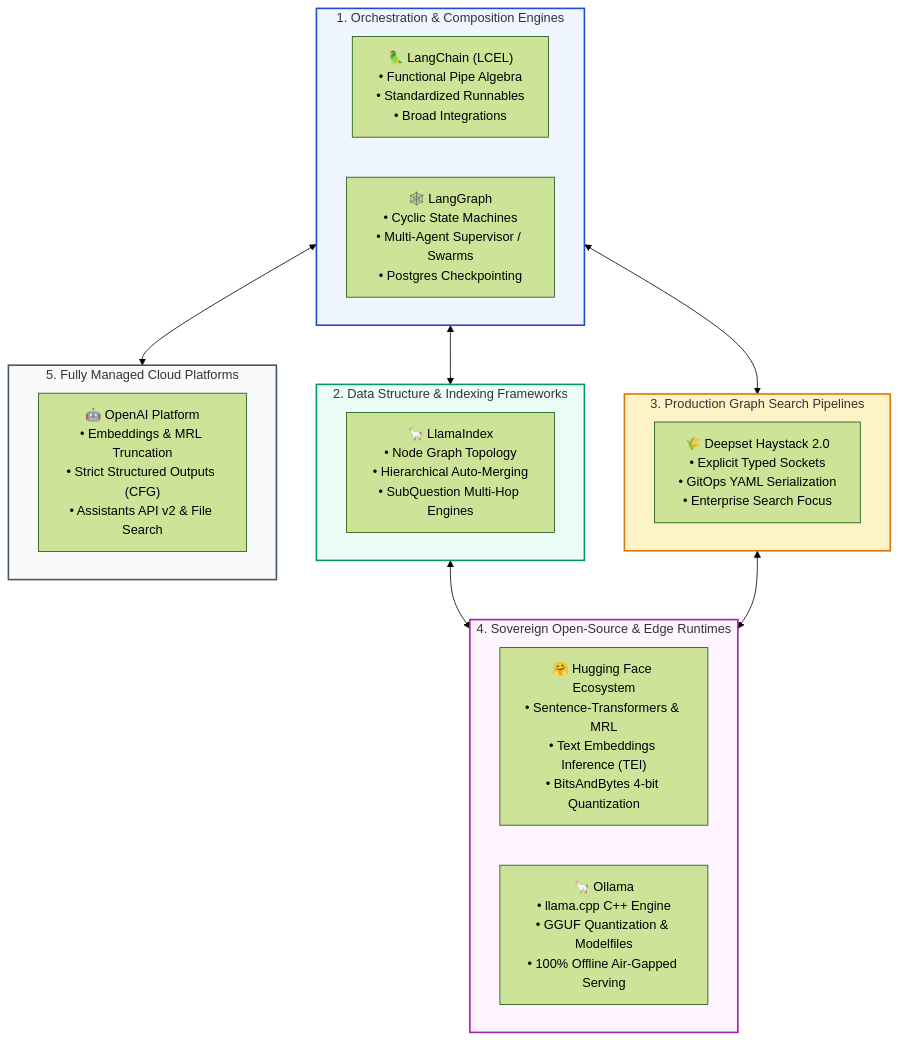
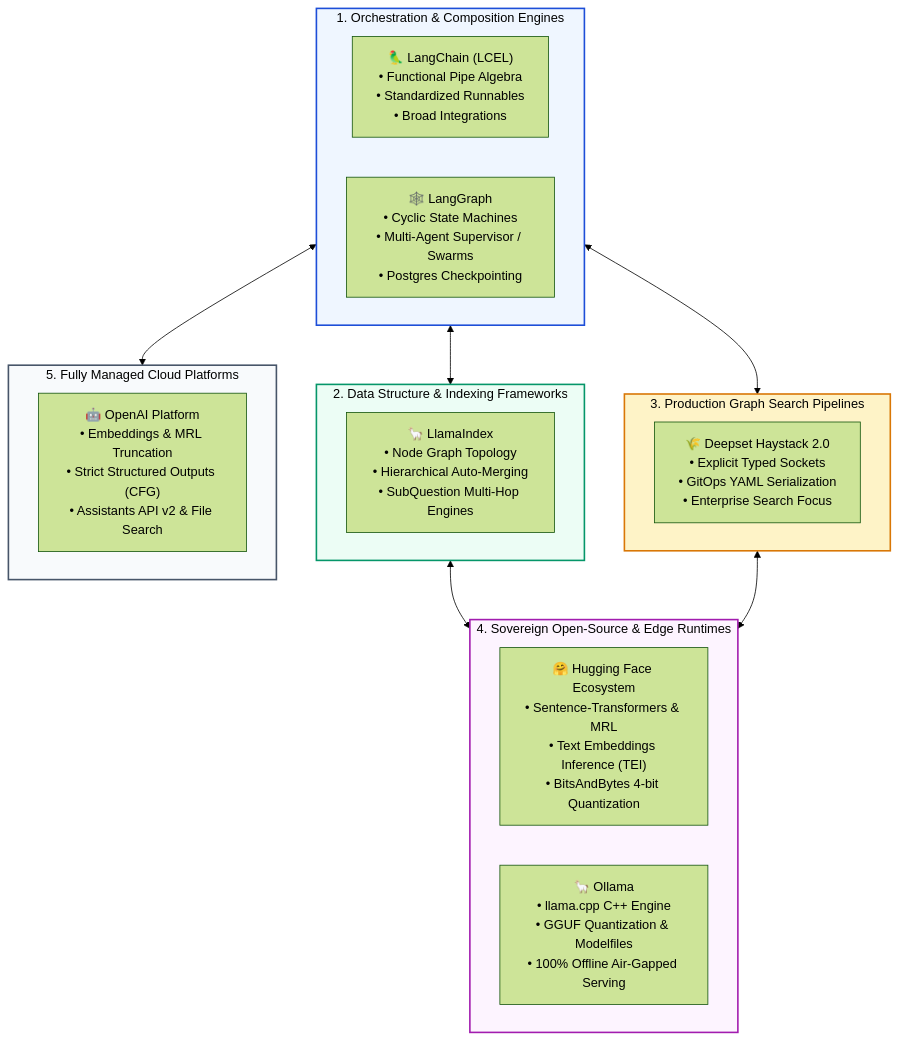
The first of 3 diagrams in 11-Frameworks-and-Tools/README.md (swapnil3104/RAG-Engineering), drawn with Mermaid (forest theme) before and after one commit. The commit also changed other lines of this file and 108 other files, not shown here.

Commit message:
fix: make chart text visible across all Mermaid diagrams and resolve markdown table formatting issues

````diff
--- a/11-Frameworks-and-Tools/README.md
+++ b/11-Frameworks-and-Tools/README.md
@@ -20,36 +20,36 @@
 ```mermaid
 flowchart TD
     subgraph AppOrchestration ["1. Orchestration & Composition Engines"]
         LC["🦜 LangChain (LCEL)<br/>• Functional Pipe Algebra<br/>• Standardized Runnables<br/>• Broad Integrations"]
         LG["🕸️ LangGraph<br/>• Cyclic State Machines<br/>• Multi-Agent Supervisor / Swarms<br/>• Postgres Checkpointing"]
     end
 
     subgraph DataCentric ["2. Data Structure & Indexing Frameworks"]
         LI["🦙 LlamaIndex<br/>• Node Graph Topology<br/>• Hierarchical Auto-Merging<br/>• SubQuestion Multi-Hop Engines"]
     end
 
     subgraph DAG_Pipelines ["3. Production Graph Search Pipelines"]
         HS["🌾 Deepset Haystack 2.0<br/>• Explicit Typed Sockets<br/>• GitOps YAML Serialization<br/>• Enterprise Search Focus"]
     end
 
     subgraph SovereignOpenSource ["4. Sovereign Open-Source & Edge Runtimes"]
         HF["🤗 Hugging Face Ecosystem<br/>• Sentence-Transformers & MRL<br/>• Text Embeddings Inference (TEI)<br/>• BitsAndBytes 4-bit Quantization"]
         OL["🦙 Ollama<br/>• llama.cpp C++ Engine<br/>• GGUF Quantization & Modelfiles<br/>• 100% Offline Air-Gapped Serving"]
     end
 
     subgraph ManagedCloud ["5. Fully Managed Cloud Platforms"]
         OAI["🤖 OpenAI Platform<br/>• Embeddings & MRL Truncation<br/>• Strict Structured Outputs (CFG)<br/>• Assistants API v2 & File Search"]
     end
 
     AppOrchestration <--> DataCentric
     AppOrchestration <--> DAG_Pipelines
     DataCentric <--> SovereignOpenSource
     DAG_Pipelines <--> SovereignOpenSource
     AppOrchestration <--> ManagedCloud
 
-    style AppOrchestration fill:#eff6ff,stroke:#1d4ed8,stroke-width:2px
-    style DataCentric fill:#ecfdf5,stroke:#059669,stroke-width:2px
-    style DAG_Pipelines fill:#fef3c7,stroke:#d97706,stroke-width:2px
-    style SovereignOpenSource fill:#fdf4ff,stroke:#a21caf,stroke-width:2px
-    style ManagedCloud fill:#f8fafc,stroke:#475569,stroke-width:2px
+    style AppOrchestration fill:#eff6ff,stroke:#1d4ed8,stroke-width:2px,color:#000000
+    style DataCentric fill:#ecfdf5,stroke:#059669,stroke-width:2px,color:#000000
+    style DAG_Pipelines fill:#fef3c7,stroke:#d97706,stroke-width:2px,color:#000000
+    style SovereignOpenSource fill:#fdf4ff,stroke:#a21caf,stroke-width:2px,color:#000000
+    style ManagedCloud fill:#f8fafc,stroke:#475569,stroke-width:2px,color:#000000
 ```
````
